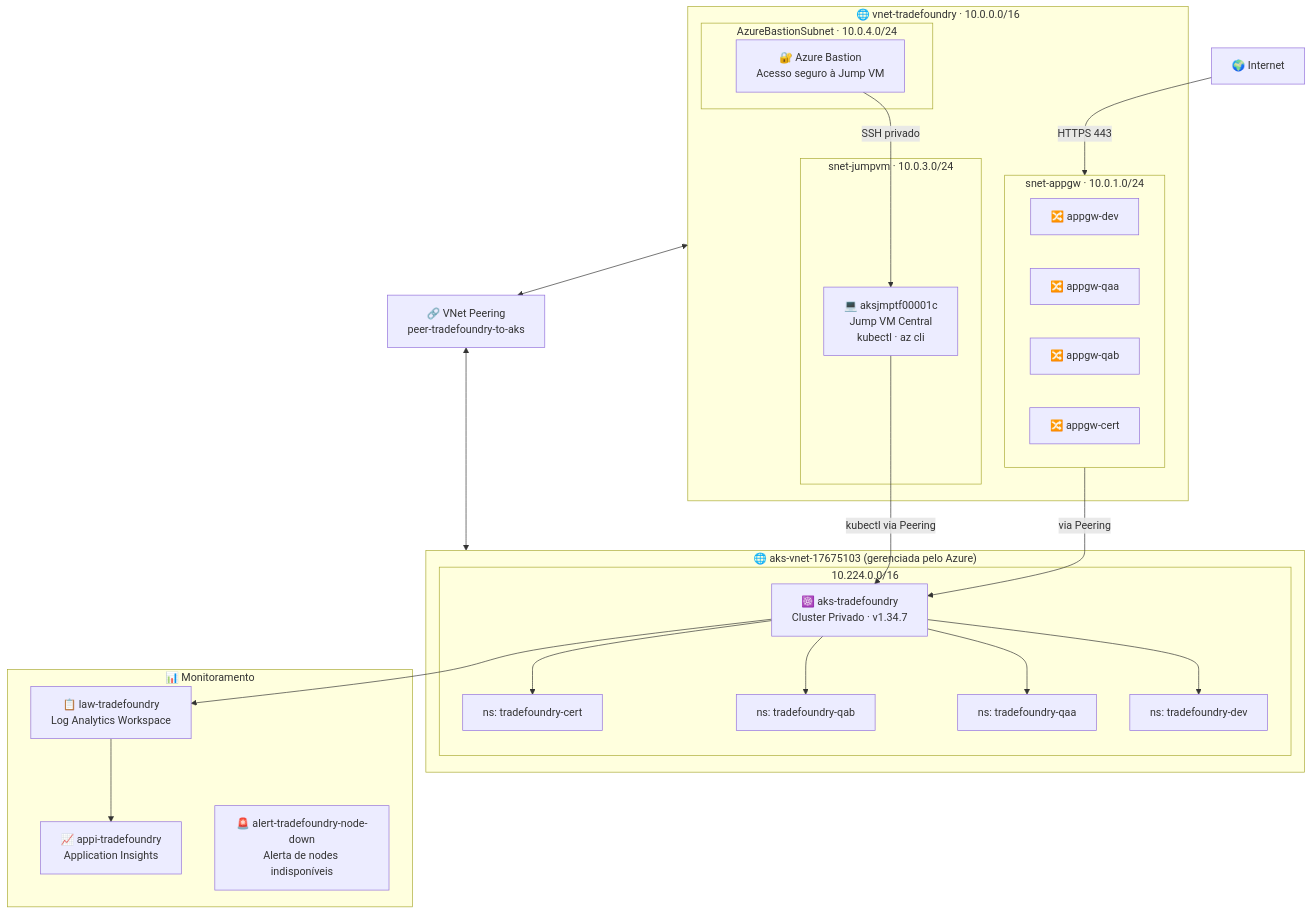
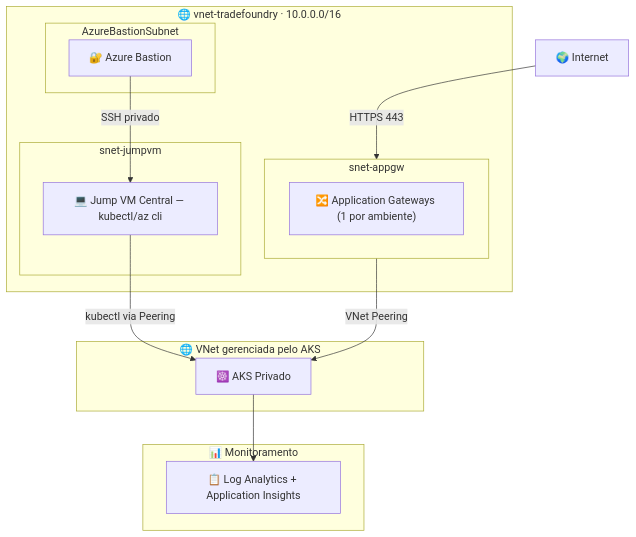
The first of 2 diagrams in README.md (iamtexwiller/TradeFoundry), drawn with Mermaid before and after one commit. The commit also changed other lines of this file and 39 other files, not shown here.

````diff
--- a/README.md
+++ b/README.md
@@ -42,51 +36,28 @@
 ```mermaid
 flowchart TD
     subgraph VNET["🌐 vnet-tradefoundry · 10.0.0.0/16"]
-
-        subgraph APPGW_SUBNET["snet-appgw · 10.0.1.0/24"]
-            GW1["🔀 appgw-dev"]
-            GW2["🔀 appgw-qaa"]
-            GW3["🔀 appgw-qab"]
-            GW4["🔀 appgw-cert"]
+        subgraph APPGW_SUBNET["snet-appgw"]
+            GW1["🔀 Application Gateways (1 por ambiente)"]
         end
-
-        subgraph JUMP_SUBNET["snet-jumpvm · 10.0.3.0/24"]
-            JMP["💻 aksjmptf00001c\nJump VM Central\nkubectl · az cli"]
+        subgraph JUMP_SUBNET["snet-jumpvm"]
+            JMP["💻 Jump VM Central — kubectl/az cli"]
         end
-
-        subgraph MGMT_SUBNET["AzureBastionSubnet · 10.0.4.0/24"]
-            BAS["🔐 Azure Bastion\nAcesso seguro à Jump VM"]
-        end
-
-    end
-
-    subgraph AKS_VNET["🌐 aks-vnet-17675103 (gerenciada pelo Azure)"]
-        subgraph AKS_SUBNET["10.224.0.0/16"]
-            AKS["☸️ aks-tradefoundry\nCluster Privado · v1.34.7"]
-            NS1["ns: tradefoundry-dev"]
-            NS2["ns: tradefoundry-qaa"]
-            NS3["ns: tradefoundry-qab"]
-            NS4["ns: tradefoundry-cert"]
-            AKS --> NS1
-            AKS --> NS2
-            AKS --> NS3
-            AKS --> NS4
+        subgraph MGMT_SUBNET["AzureBastionSubnet"]
+            BAS["🔐 Azure Bastion"]
         end
     end
 
-    subgraph MON["📊 Monitoramento"]
-        LAW["📋 law-tradefoundry\nLog Analytics Workspace"]
-        APPI["📈 appi-tradefoundry\nApplication Insights"]
-        ALERT["🚨 alert-tradefoundry-node-down\nAlerta de nodes indisponíveis"]
-        LAW --> APPI
-        AKS --> LAW
+    subgraph AKS_VNET["🌐 VNet gerenciada pelo AKS"]
+        AKS["☸️ AKS Privado"]
     end
 
-    PEERING["🔗 VNet Peering\npeer-tradefoundry-to-aks"]
-    VNET <--> PEERING <--> AKS_VNET
+    subgraph MON["📊 Monitoramento"]
+        LAW["📋 Log Analytics + Application Insights"]
+    end
 
     INT["🌍 Internet"] -->|HTTPS 443| APPGW_SUBNET
-    APPGW_SUBNET -->|via Peering| AKS
+    APPGW_SUBNET -->|VNet Peering| AKS
     BAS -->|SSH privado| JMP
     JMP -->|kubectl via Peering| AKS
+    AKS --> LAW
 ```
````
